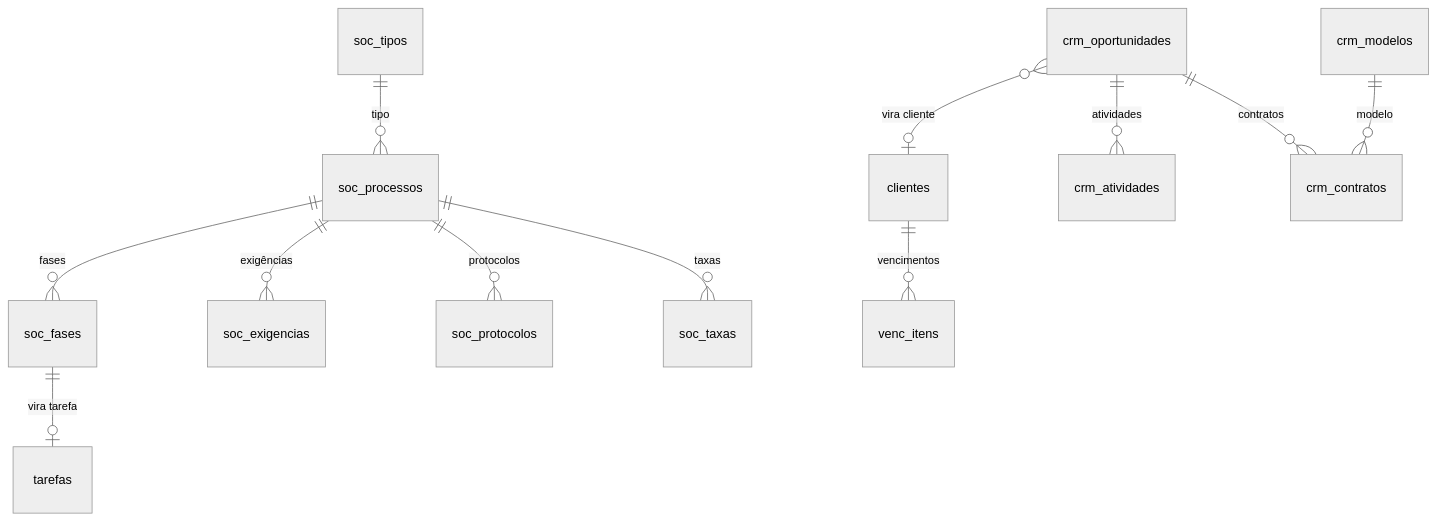
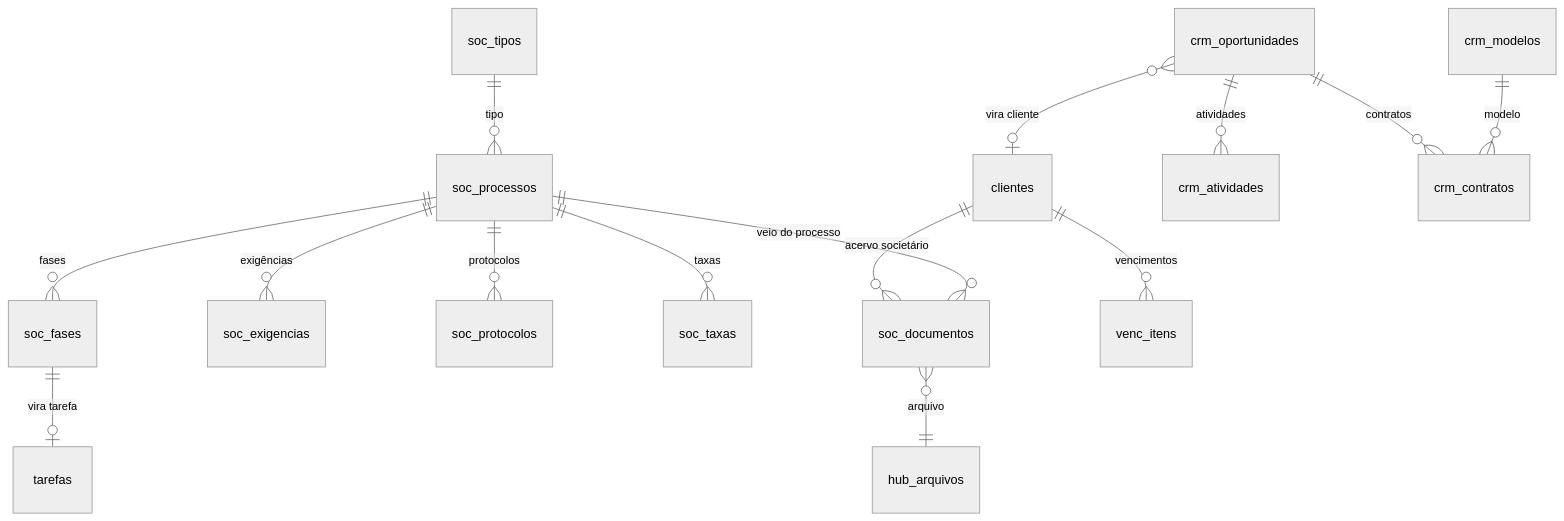
The fourth of 4 diagrams in docs/04-banco-de-dados.md (MdcAssessoria/mdc-tarefas), drawn with Mermaid (neutral theme) before and after one commit. The commit also changed other lines of this file and 17 other files, not shown here.

First line of the commit message:
Societário: acervo de documentos dos clientes e base da alteração contratual (073)

````diff
--- a/docs/04-banco-de-dados.md
+++ b/docs/04-banco-de-dados.md
@@ -199,14 +199,17 @@
 ```mermaid
 erDiagram
     soc_tipos ||--o{ soc_processos : "tipo"
     soc_processos ||--o{ soc_fases : "fases"
     soc_processos ||--o{ soc_exigencias : "exigências"
     soc_processos ||--o{ soc_protocolos : "protocolos"
     soc_processos ||--o{ soc_taxas : "taxas"
     soc_fases ||--o| tarefas : "vira tarefa"
+    clientes ||--o{ soc_documentos : "acervo societário"
+    soc_documentos }o--|| hub_arquivos : "arquivo"
+    soc_processos ||--o{ soc_documentos : "veio do processo"
     clientes ||--o{ venc_itens : "vencimentos"
     crm_oportunidades ||--o{ crm_atividades : "atividades"
     crm_oportunidades ||--o{ crm_contratos : "contratos"
     crm_modelos ||--o{ crm_contratos : "modelo"
     crm_oportunidades }o--o| clientes : "vira cliente"
 ```
````
